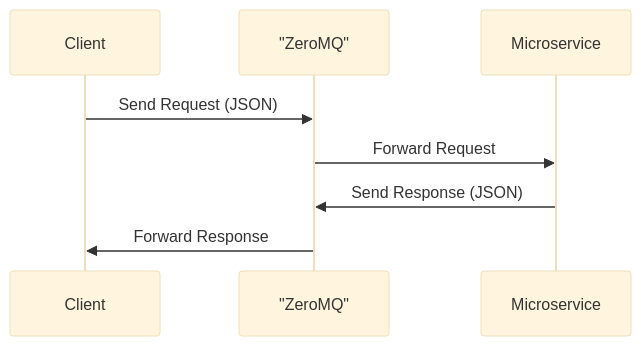
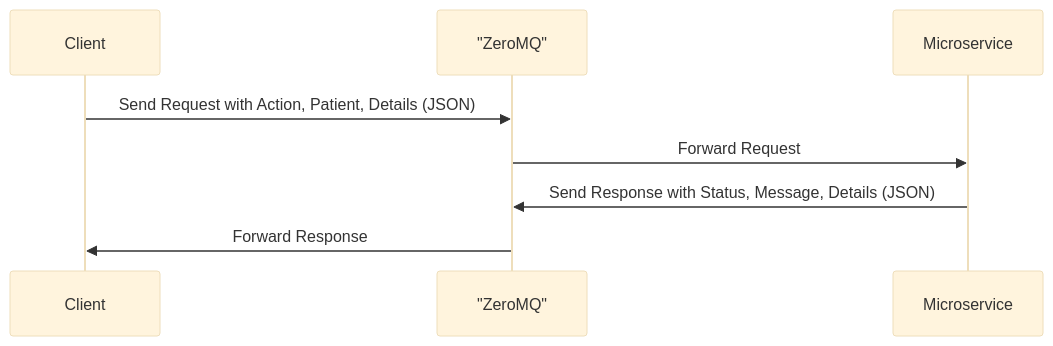
Before and after one commit to erikgrinn/air-quality-microservices: the diagram in README.md, drawn with Mermaid (base theme). The commit also changed other lines of this file, not shown here.

````diff
--- a/README.md
+++ b/README.md
@@ -57,11 +57,11 @@
 ```mermaid
 sequenceDiagram
     participant Client
     participant ZMQ as "ZeroMQ"
     participant Microservice
 
-    Client->>ZMQ: Send Request (JSON)
+    Client->>ZMQ: Send Request with Action, Patient, Details (JSON)
     ZMQ->>Microservice: Forward Request
-    Microservice->>ZMQ: Send Response (JSON)
+    Microservice->>ZMQ: Send Response with Status, Message, Details (JSON)
     ZMQ->>Client: Forward Response
 ```
````
